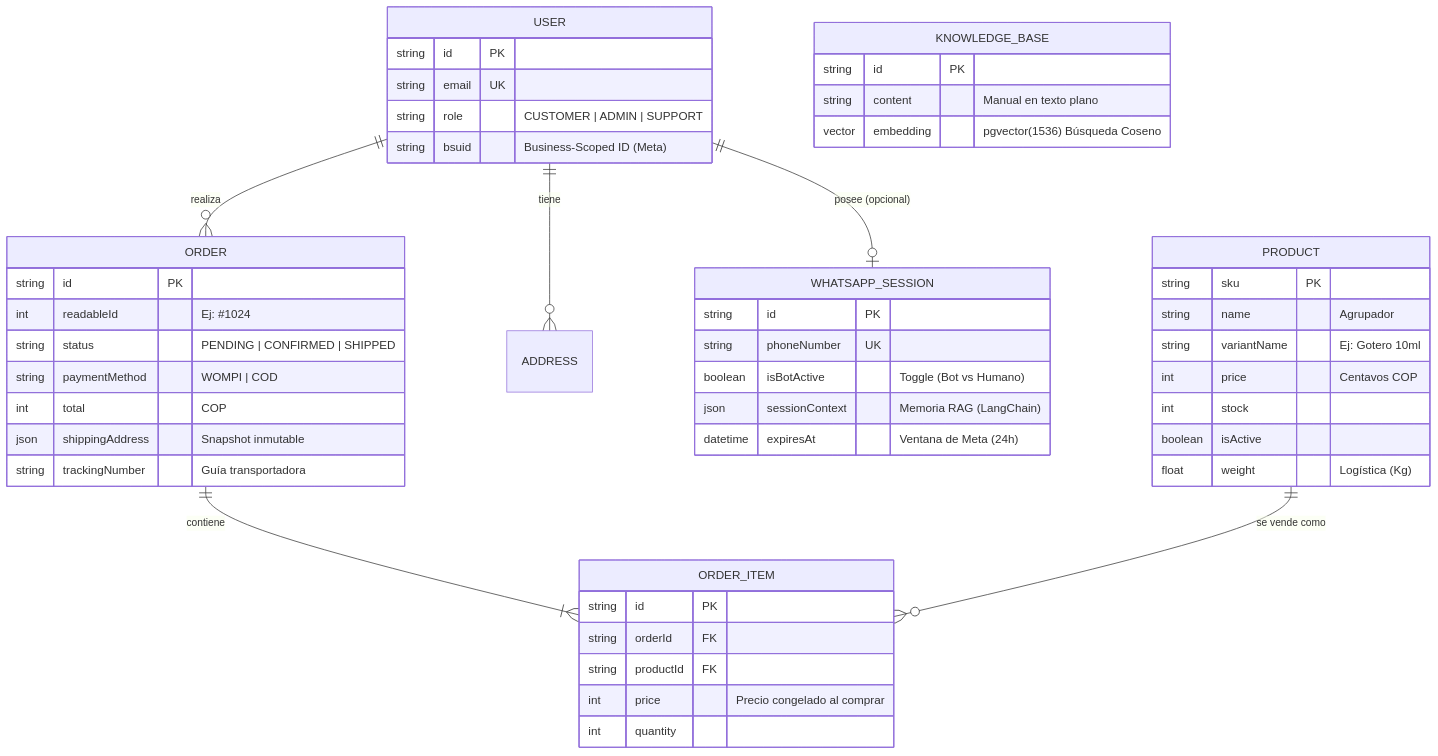
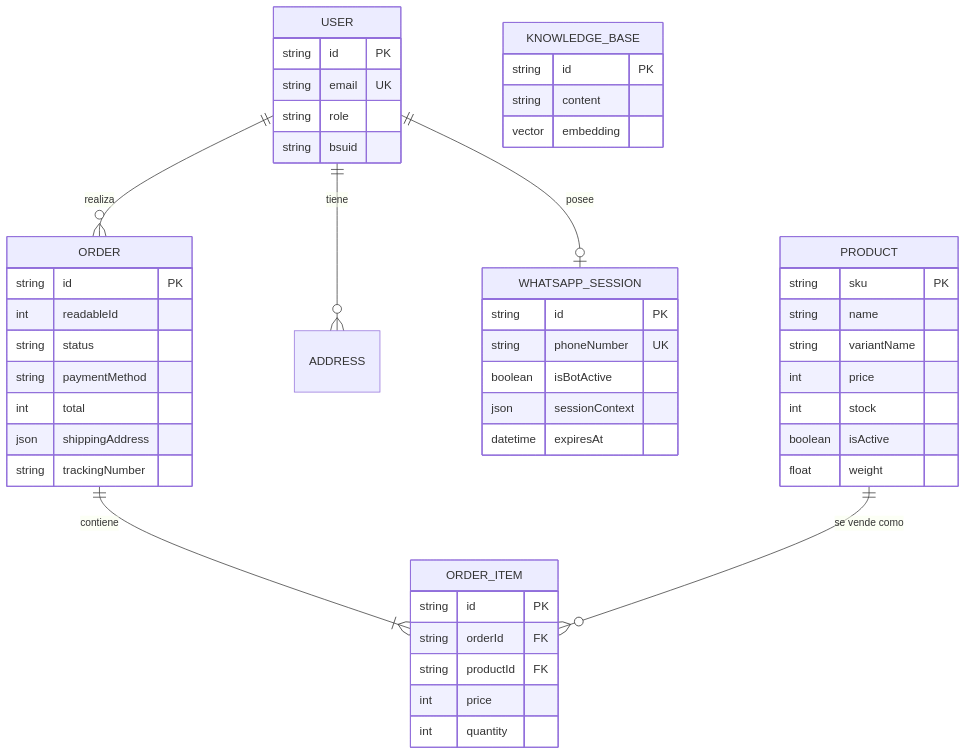
Before and after one commit to Crittan01/kaiu-natural-living: the diagram in README.md, drawn with Mermaid.

Commit message:
fix(docs): sanitize mermaid erDiagram syntax for github rendering

````diff
--- a/README.md
+++ b/README.md
@@ -37,58 +37,58 @@
 ```mermaid
 erDiagram
     USER ||--o{ ORDER : "realiza"
     USER ||--o{ ADDRESS : "tiene"
-    USER ||--o| WHATSAPP_SESSION : "posee (opcional)"
+    USER ||--o| WHATSAPP_SESSION : "posee"
 
     ORDER ||--|{ ORDER_ITEM : "contiene"
     PRODUCT ||--o{ ORDER_ITEM : "se vende como"
 
     USER {
         string id PK
         string email UK
-        string role "CUSTOMER | ADMIN | SUPPORT"
-        string bsuid "Business-Scoped ID (Meta)"
+        string role
+        string bsuid
     }
 
     PRODUCT {
         string sku PK
-        string name "Agrupador"
-        string variantName "Ej: Gotero 10ml"
-        int price "Centavos COP"
+        string name
+        string variantName
+        int price
         int stock
         boolean isActive
-        float weight "Logística (Kg)"
+        float weight
     }
 
     ORDER {
         string id PK
-        int readableId "Ej: #1024"
-        string status "PENDING | CONFIRMED | SHIPPED"
-        string paymentMethod "WOMPI | COD"
-        int total "COP"
-        json shippingAddress "Snapshot inmutable"
-        string trackingNumber "Guía transportadora"
+        int readableId
+        string status
+        string paymentMethod
+        int total
+        json shippingAddress
+        string trackingNumber
     }
 
     ORDER_ITEM {
         string id PK
         string orderId FK
         string productId FK
-        int price "Precio congelado al comprar"
+        int price
         int quantity
     }
 
     WHATSAPP_SESSION {
         string id PK
         string phoneNumber UK
-        boolean isBotActive "Toggle (Bot vs Humano)"
-        json sessionContext "Memoria RAG (LangChain)"
-        datetime expiresAt "Ventana de Meta (24h)"
+        boolean isBotActive
+        json sessionContext
+        datetime expiresAt
     }
 
     KNOWLEDGE_BASE {
         string id PK
-        string content "Manual en texto plano"
-        vector embedding "pgvector(1536) Búsqueda Coseno"
+        string content
+        vector embedding
     }
 ```
````
